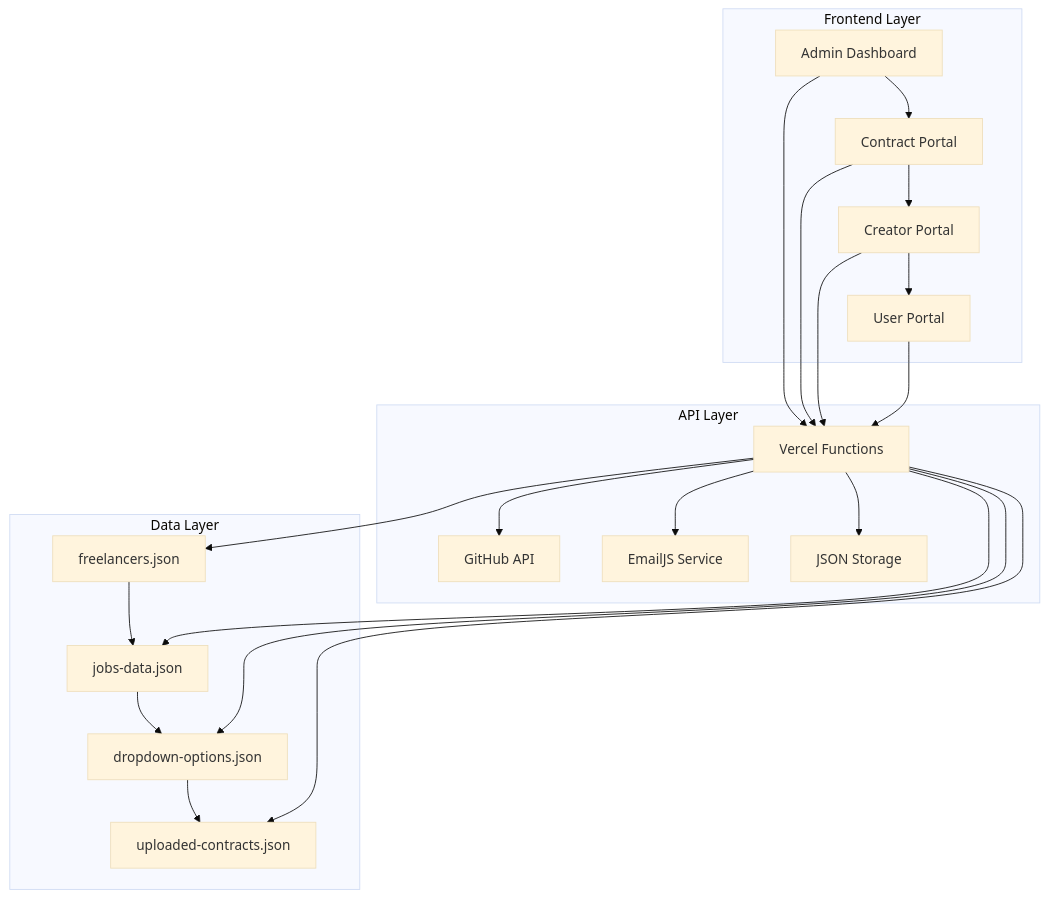
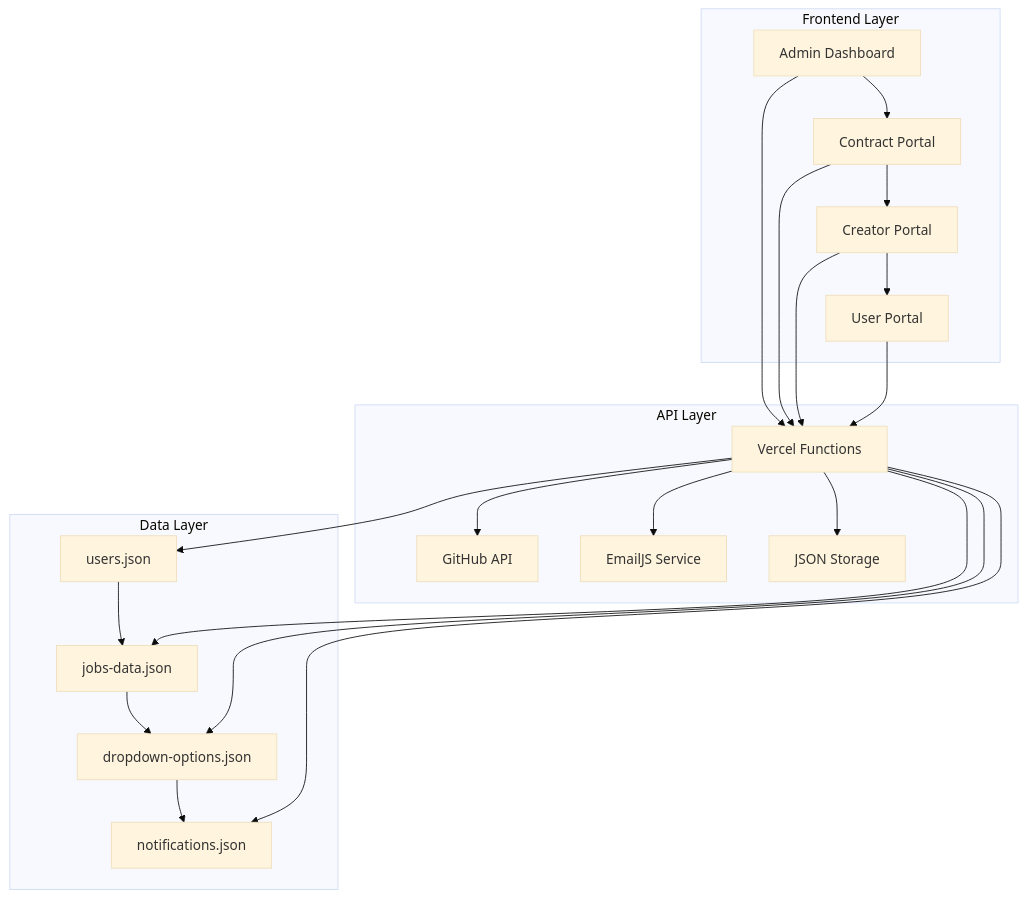
Before and after one commit to cochranfilms/cochran-job-listings: the first of 3 diagrams in README.md, drawn with Mermaid (base theme). The commit also changed other lines of this file and 3 other files, not shown here.

````diff
--- a/README.md
+++ b/README.md
@@ -93,29 +99,29 @@
 ```mermaid
 graph TB
     subgraph "Frontend Layer"
         A[Admin Dashboard] --> B[Contract Portal]
         B --> C[Creator Portal]
         C --> D[User Portal]
     end
     
     subgraph "API Layer"
         E[Vercel Functions] --> F[GitHub API]
         E --> G[EmailJS Service]
         E --> H[JSON Storage]
     end
     
     subgraph "Data Layer"
-        I[freelancers.json] --> J[jobs-data.json]
+        I[users.json] --> J[jobs-data.json]
         J --> K[dropdown-options.json]
-        K --> L[uploaded-contracts.json]
+        K --> L[notifications.json]
     end
     
     A --> E
     B --> E
     C --> E
     D --> E
     E --> I
     E --> J
     E --> K
     E --> L
 ```
````
